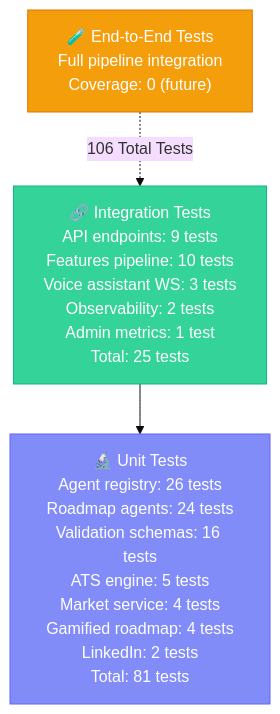
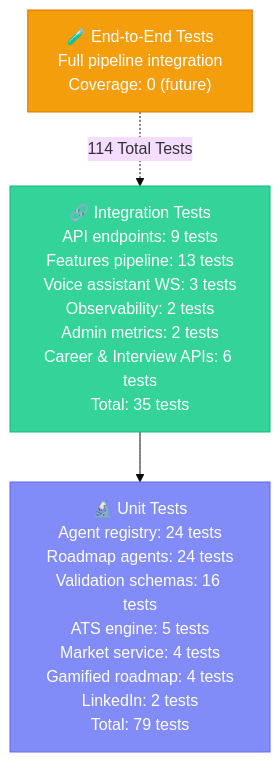
Diagram 31 of 34 in documentation/ARCHITECTURE.md (Anil-Pradhan-web/ai-career-mentor), drawn with Mermaid (base theme) before and after one commit. The commit also changed other lines of this file and 2 other files, not shown here.

Commit message:
docs: update workflow count to 7 and test suite count to 114 passed tests

````diff
--- a/documentation/ARCHITECTURE.md
+++ b/documentation/ARCHITECTURE.md
@@ -1860,18 +1860,18 @@
 ```mermaid
 graph TB
     classDef unit fill:#818cf8,color:#fff,stroke:#6366f1
     classDef integ fill:#34d399,color:#fff,stroke:#10b981
     classDef e2e fill:#f59e0b,color:#fff,stroke:#d97706
 
     E2E["🧪 End-to-End Tests<br/>Full pipeline integration<br/>Coverage: 0 (future)"]
     
-    INTEG["🔗 Integration Tests<br/>API endpoints: 9 tests<br/>Features pipeline: 10 tests<br/>Voice assistant WS: 3 tests<br/>Observability: 2 tests<br/>Admin metrics: 1 test<br/>Total: 25 tests"]
+    INTEG["🔗 Integration Tests<br/>API endpoints: 9 tests<br/>Features pipeline: 13 tests<br/>Voice assistant WS: 3 tests<br/>Observability: 2 tests<br/>Admin metrics: 2 tests<br/>Career & Interview APIs: 6 tests<br/>Total: 35 tests"]
     
-    UNIT["🔬 Unit Tests<br/>Agent registry: 26 tests<br/>Roadmap agents: 24 tests<br/>Validation schemas: 16 tests<br/>ATS engine: 5 tests<br/>Market service: 4 tests<br/>Gamified roadmap: 4 tests<br/>LinkedIn: 2 tests<br/>Total: 81 tests"]
+    UNIT["🔬 Unit Tests<br/>Agent registry: 24 tests<br/>Roadmap agents: 24 tests<br/>Validation schemas: 16 tests<br/>ATS engine: 5 tests<br/>Market service: 4 tests<br/>Gamified roadmap: 4 tests<br/>LinkedIn: 2 tests<br/>Total: 79 tests"]
 
-    E2E -.->|"106 Total Tests"| INTEG --> UNIT
+    E2E -.->|"114 Total Tests"| INTEG --> UNIT
 
     class UNIT unit
     class INTEG integ
     class E2E e2e
 ```
````
